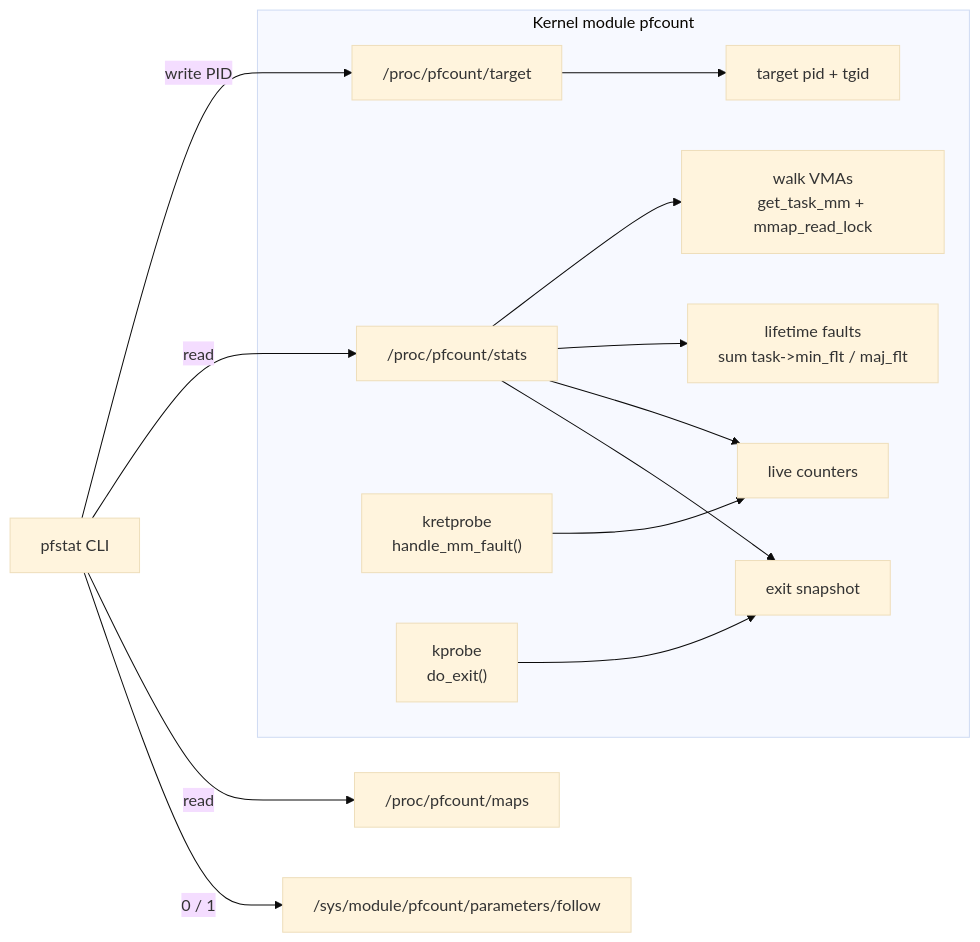
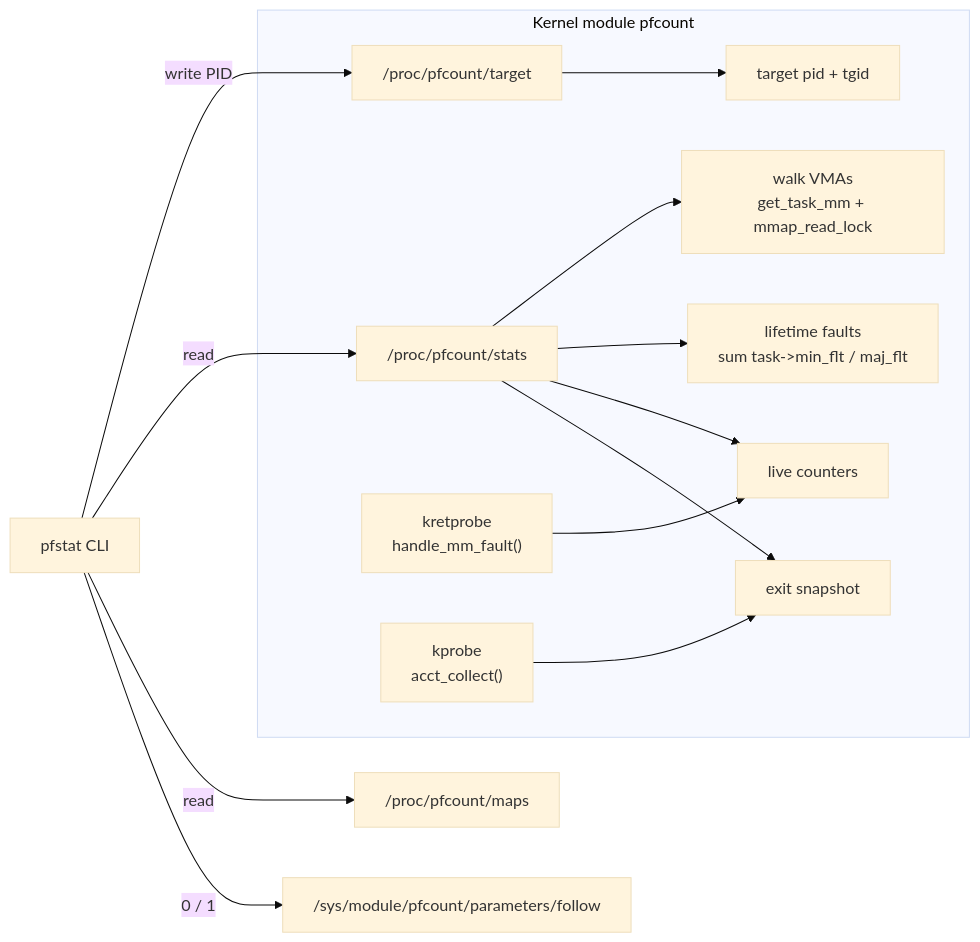
One commit to beambeambeam/cpe333 changed the diagram in mini-project-02/REPORT.md. Above: the diagram before and after it, drawn with Mermaid (base theme). The commit also changed other lines of this file and 6 other files, not shown here.

Commit message:
fix: take the exit snapshot on the atomic last-thread decision

````diff
--- a/mini-project-02/REPORT.md
+++ b/mini-project-02/REPORT.md
@@ -58,16 +58,16 @@
 ```mermaid
 flowchart LR
     U[pfstat CLI] -- "write PID" --> T["/proc/pfcount/target"]
     U -- read --> S["/proc/pfcount/stats"]
     U -- read --> M["/proc/pfcount/maps"]
     U -- "0 / 1" --> F["/sys/module/pfcount/parameters/follow"]
     subgraph Kernel module pfcount
       T --> P[target pid + tgid]
       S --> W["walk VMAs<br/>get_task_mm + mmap_read_lock"]
       S --> L["lifetime faults<br/>sum task->min_flt / maj_flt"]
       K["kretprobe<br/>handle_mm_fault()"] --> C[live counters]
-      X["kprobe<br/>do_exit()"] --> E[exit snapshot]
+      X["kprobe<br/>acct_collect()"] --> E[exit snapshot]
       S --> C
       S --> E
     end
 ```
````
